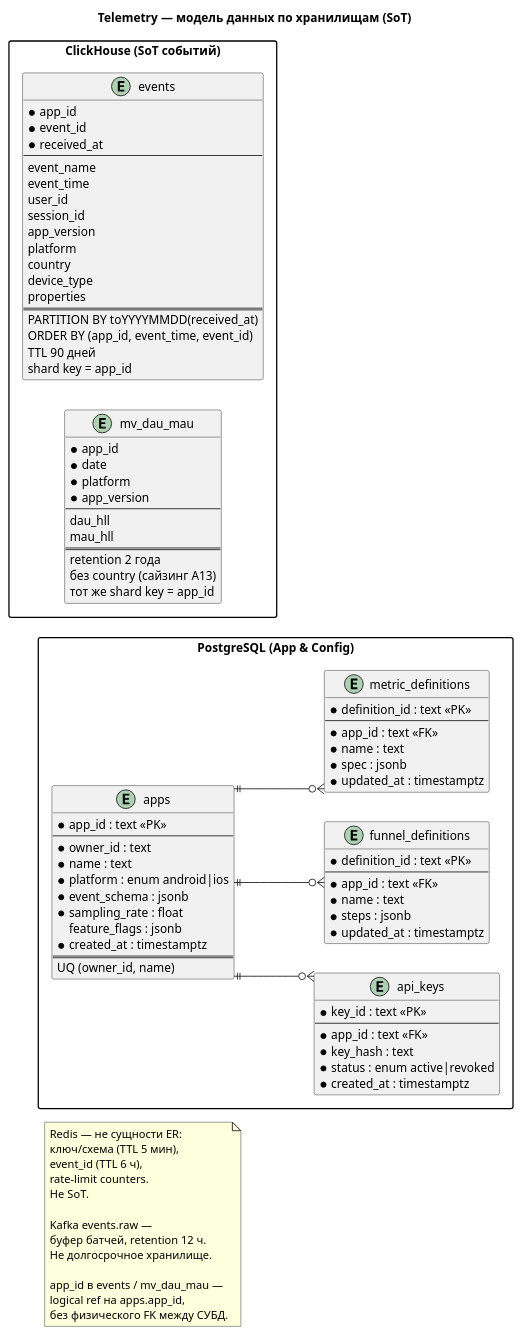
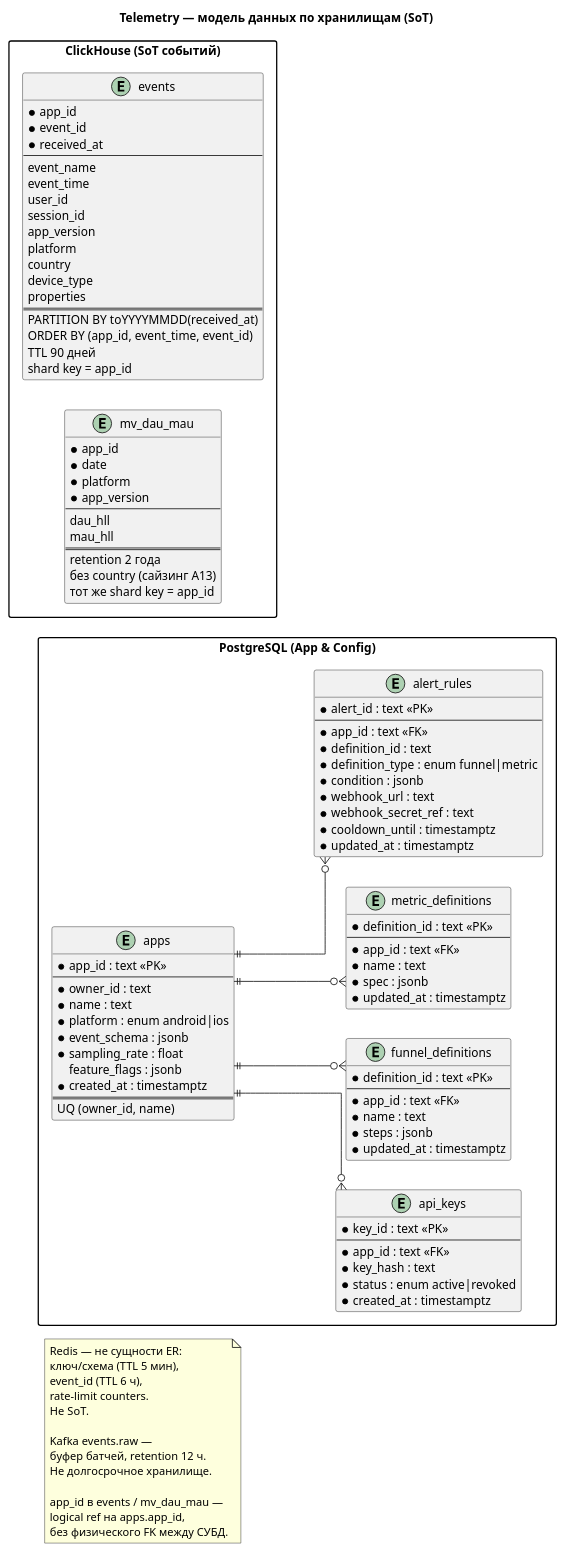
One commit to grahovsky/otus-systemdesign-homework changed the diagram in hw_06/solution/diagrams/er-data-model.puml. Above: the diagram before and after it, drawn with PlantUML. The commit also changed 7 other files, not shown here.

Commit message:
allerts likec4, diagram

```diff
--- a/hw_06/solution/diagrams/er-data-model.puml
+++ b/hw_06/solution/diagrams/er-data-model.puml
@@ -1,108 +1,122 @@
 @startuml er-data-model
 title Telemetry — модель данных по хранилищам (SoT)
 
 skinparam linetype ortho
 skinparam packageStyle rectangle
 left to right direction
 
 package "PostgreSQL (App & Config)" as pkg_pg {
   entity "apps" as apps {
     * app_id : text <<PK>>
     --
     * owner_id : text
     * name : text
     * platform : enum android|ios
     * event_schema : jsonb
     * sampling_rate : float
     feature_flags : jsonb
     * created_at : timestamptz
     ==
     UQ (owner_id, name)
   }
 
   entity "api_keys" as api_keys {
     * key_id : text <<PK>>
     --
     * app_id : text <<FK>>
     * key_hash : text
     * status : enum active|revoked
     * created_at : timestamptz
   }
 
   entity "funnel_definitions" as funnels {
     * definition_id : text <<PK>>
     --
     * app_id : text <<FK>>
     * name : text
     * steps : jsonb
     * updated_at : timestamptz
   }
 
   entity "metric_definitions" as metrics {
     * definition_id : text <<PK>>
     --
     * app_id : text <<FK>>
     * name : text
     * spec : jsonb
     * updated_at : timestamptz
   }
 
+  entity "alert_rules" as alerts {
+    * alert_id : text <<PK>>
+    --
+    * app_id : text <<FK>>
+    * definition_id : text
+    * definition_type : enum funnel|metric
+    * condition : jsonb
+    * webhook_url : text
+    * webhook_secret_ref : text
+    * cooldown_until : timestamptz
+    * updated_at : timestamptz
+  }
+
   apps ||--o{ api_keys
   apps ||--o{ funnels
   apps ||--o{ metrics
+  apps ||--o{ alerts
 }
 
 package "ClickHouse (SoT событий)" as pkg_ch {
   entity "events" as events {
     * app_id
     * event_id
     * received_at
     --
     event_name
     event_time
     user_id
     session_id
     app_version
     platform
     country
     device_type
     properties
     ==
     PARTITION BY toYYYYMMDD(received_at)
     ORDER BY (app_id, event_time, event_id)
     TTL 90 дней
     shard key = app_id
   }
 
   entity "mv_dau_mau" as mv {
     * app_id
     * date
     * platform
     * app_version
     --
     dau_hll
     mau_hll
     ==
     retention 2 года
     без country (сайзинг A13)
     тот же shard key = app_id
   }
 }
 
 note as n_no_er
   Redis — не сущности ER:
   ключ/схема (TTL 5 мин),
   event_id (TTL 6 ч),
   rate-limit counters.
   Не SoT.
 
   Kafka events.raw —
   буфер батчей, retention 12 ч.
   Не долгосрочное хранилище.
 
   app_id в events / mv_dau_mau —
   logical ref на apps.app_id,
   без физического FK между СУБД.
 end note
 
 @enduml
```
